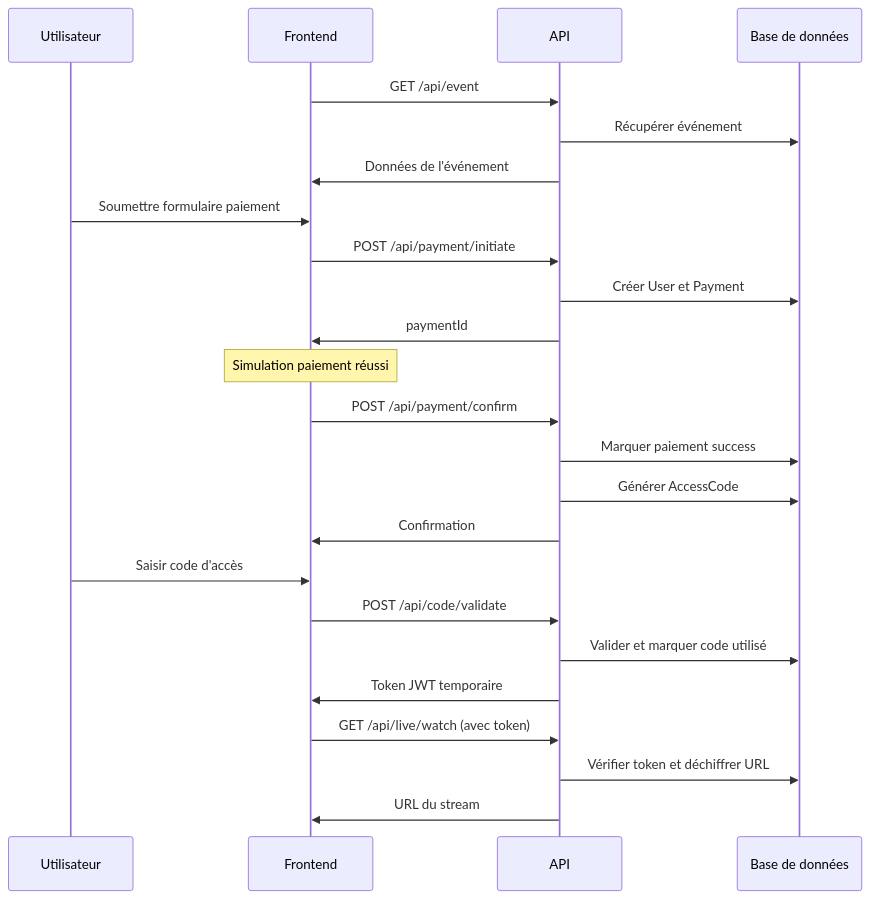
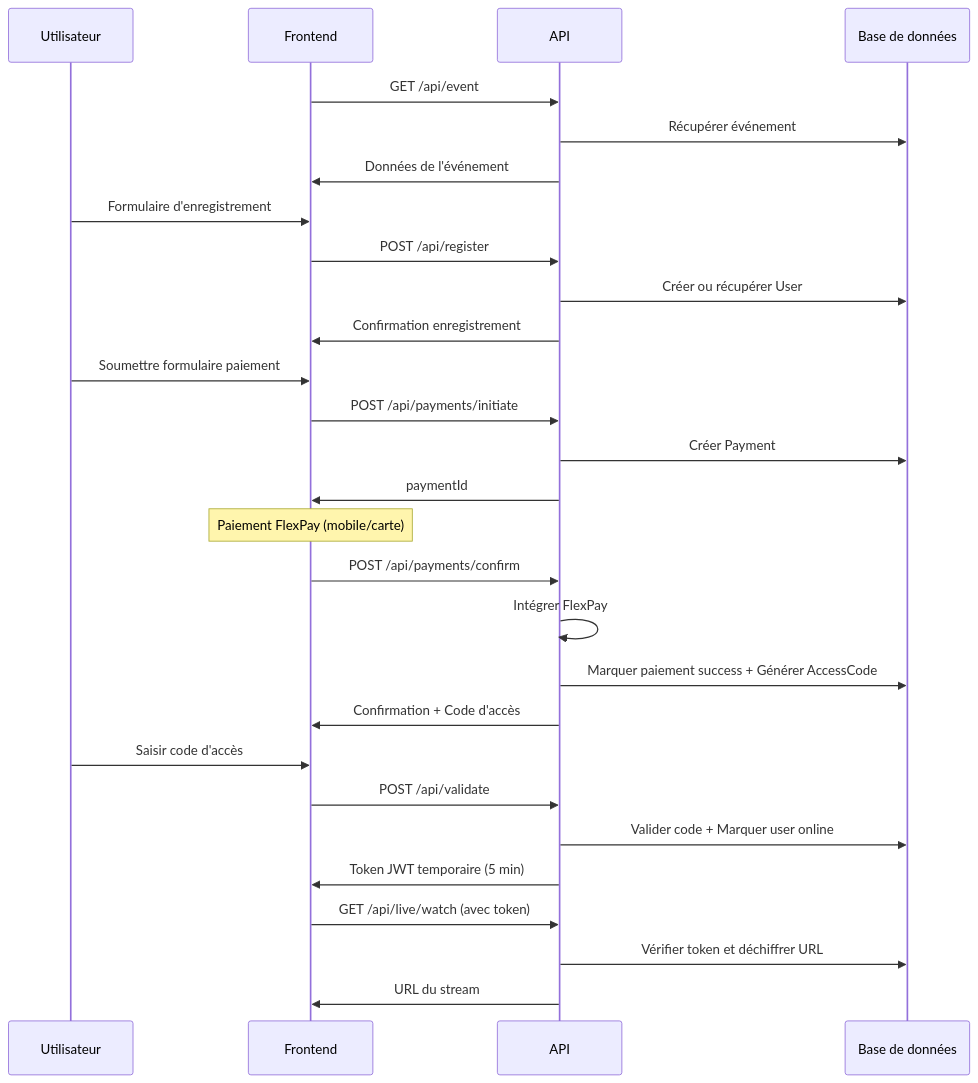
The first of 3 diagrams in API.md (dmwema/rumba-love-api), drawn with Mermaid before and after one commit. The commit also changed other lines of this file and 6 other files, not shown here.

Commit message:
add payment api

````diff
--- a/API.md
+++ b/API.md
@@ -511,31 +834,36 @@
 ```mermaid
 sequenceDiagram
     participant U as Utilisateur
     participant F as Frontend
     participant A as API
     participant DB as Base de données
 
     F->>A: GET /api/event
     A->>DB: Récupérer événement
     A->>F: Données de l'événement
 
+    U->>F: Formulaire d'enregistrement
+    F->>A: POST /api/register
+    A->>DB: Créer ou récupérer User
+    A->>F: Confirmation enregistrement
+
     U->>F: Soumettre formulaire paiement
-    F->>A: POST /api/payment/initiate
-    A->>DB: Créer User et Payment
+    F->>A: POST /api/payments/initiate
+    A->>DB: Créer Payment
     A->>F: paymentId
 
-    Note over F: Simulation paiement réussi
-    F->>A: POST /api/payment/confirm
-    A->>DB: Marquer paiement success
-    A->>DB: Générer AccessCode
-    A->>F: Confirmation
+    Note over F: Paiement FlexPay (mobile/carte)
+    F->>A: POST /api/payments/confirm
+    A->>A: Intégrer FlexPay
+    A->>DB: Marquer paiement success + Générer AccessCode
+    A->>F: Confirmation + Code d'accès
 
     U->>F: Saisir code d'accès
-    F->>A: POST /api/code/validate
-    A->>DB: Valider et marquer code utilisé
-    A->>F: Token JWT temporaire
+    F->>A: POST /api/validate
+    A->>DB: Valider code + Marquer user online
+    A->>F: Token JWT temporaire (5 min)
 
     F->>A: GET /api/live/watch (avec token)
     A->>DB: Vérifier token et déchiffrer URL
     A->>F: URL du stream
 ```
````
